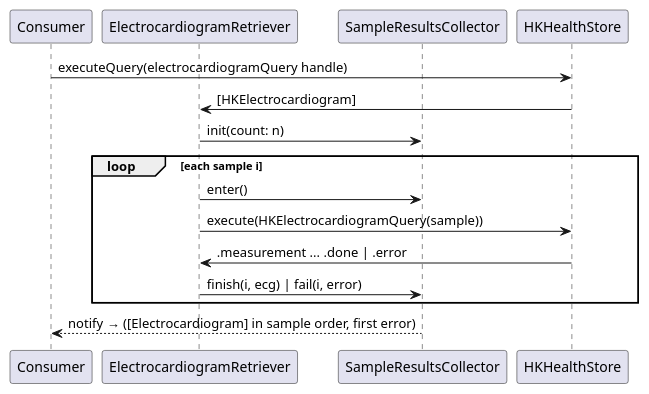
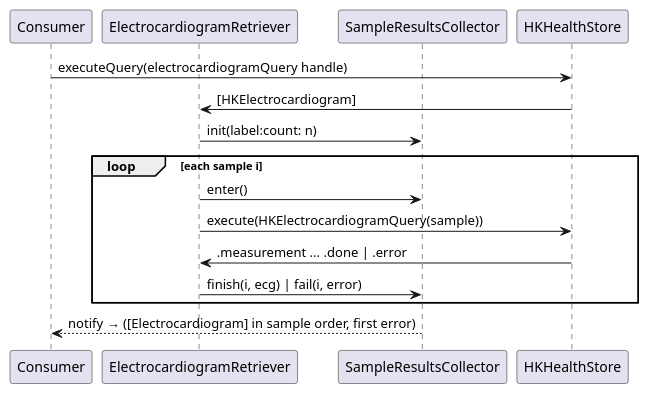
One commit to kvs-coder/HealthKitReporter changed the fourth of 4 diagrams in docs/arc42/06-runtime-view.md. Above: the diagram before and after it, drawn with PlantUML. The commit also changed 68 other files, not shown here.

````diff
--- a/docs/arc42/06-runtime-view.md
+++ b/docs/arc42/06-runtime-view.md
@@ -88,18 +88,18 @@
 ```plantuml
 @startuml
 participant Consumer
 participant ElectrocardiogramRetriever as E
 participant SampleResultsCollector as C
 participant HKHealthStore as S
 Consumer -> S : executeQuery(electrocardiogramQuery handle)
 S -> E : [HKElectrocardiogram]
-E -> C : init(count: n)
+E -> C : init(label:count: n)
 loop each sample i
   E -> C : enter()
   E -> S : execute(HKElectrocardiogramQuery(sample))
   S -> E : .measurement ... .done | .error
   E -> C : finish(i, ecg) | fail(i, error)
 end
 C --> Consumer : notify → ([Electrocardiogram] in sample order, first error)
 @enduml
 ```
````
